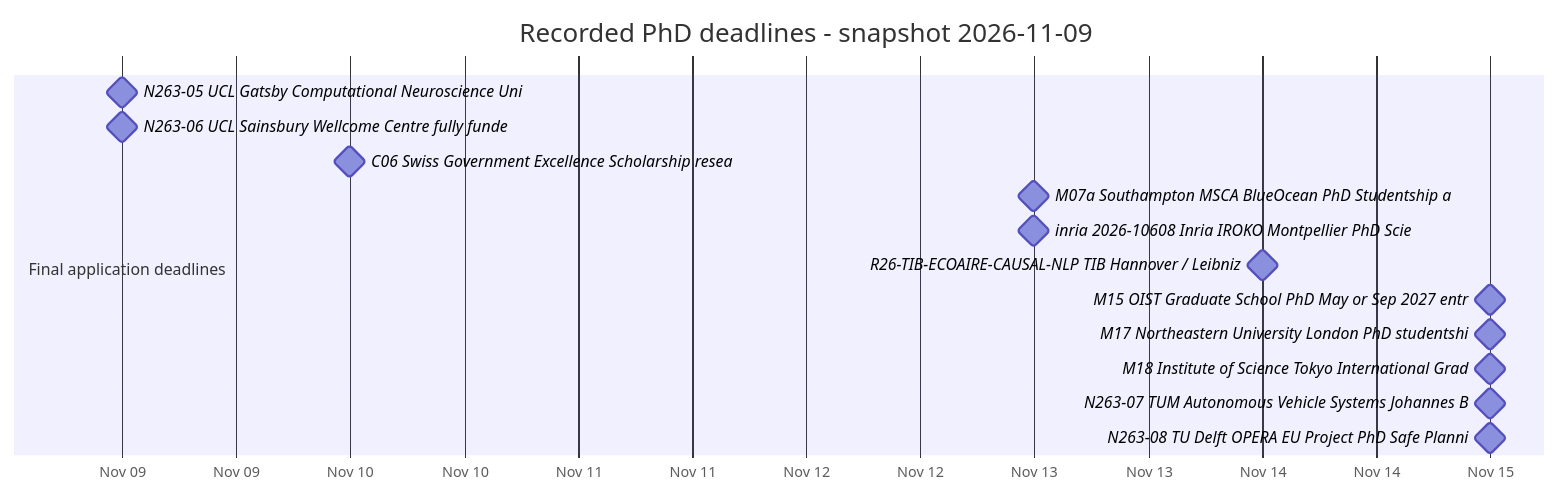
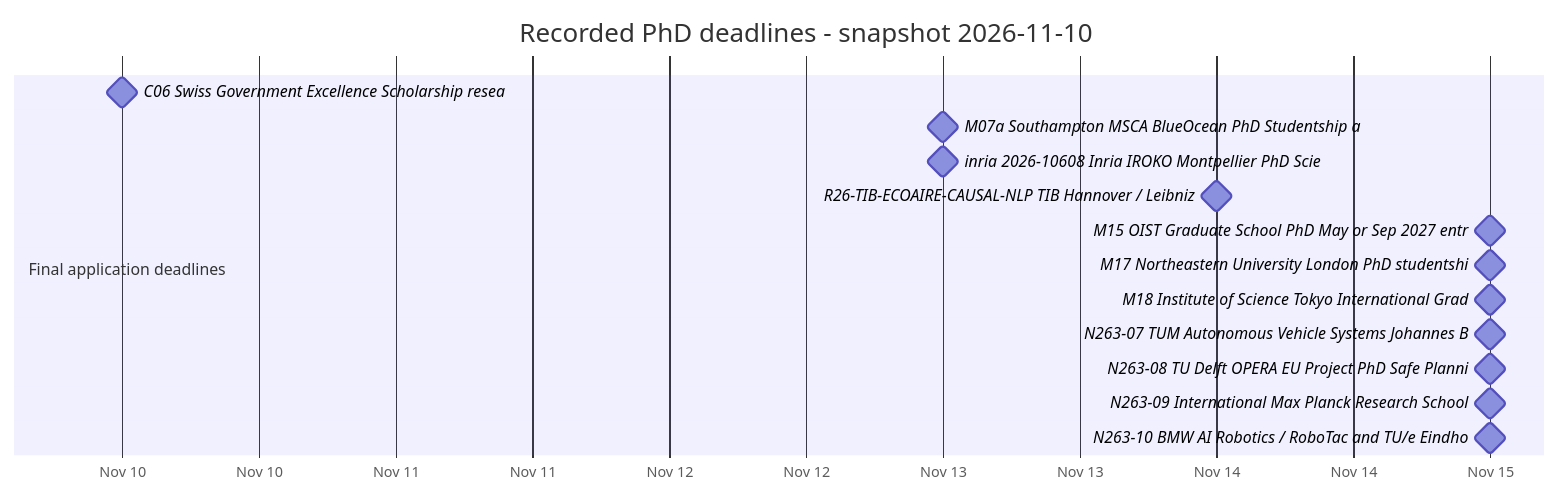
Before and after one commit to Armanasq/phd_tracker: the third of 10 diagrams in docs/RESEARCH_REPORT.md, drawn with Mermaid. The commit also changed other lines of this file, not shown here.

````diff
--- a/docs/RESEARCH_REPORT.md
+++ b/docs/RESEARCH_REPORT.md
@@ -85,18 +85,18 @@
 ```mermaid
 gantt
-    title Recorded PhD deadlines - snapshot 2026-11-09
+    title Recorded PhD deadlines - snapshot 2026-11-10
     dateFormat YYYY-MM-DD
     axisFormat %b %d
     section Final application deadlines
-    N263-05 UCL Gatsby Computational Neuroscience Uni :milestone, d0, 2026-11-09, 0d
-    N263-06 UCL Sainsbury Wellcome Centre fully funde :milestone, d1, 2026-11-09, 0d
-    C06 Swiss Government Excellence Scholarship resea :milestone, d2, 2026-11-10, 0d
-    M07a Southampton MSCA BlueOcean PhD Studentship a :milestone, d3, 2026-11-13, 0d
-    inria 2026-10608 Inria IROKO Montpellier PhD Scie :milestone, d4, 2026-11-13, 0d
-    R26-TIB-ECOAIRE-CAUSAL-NLP TIB Hannover / Leibniz :milestone, d5, 2026-11-14, 0d
-    M15 OIST Graduate School PhD May or Sep 2027 entr :milestone, d6, 2026-11-15, 0d
-    M17 Northeastern University London PhD studentshi :milestone, d7, 2026-11-15, 0d
-    M18 Institute of Science Tokyo International Grad :milestone, d8, 2026-11-15, 0d
-    N263-07 TUM Autonomous Vehicle Systems Johannes B :milestone, d9, 2026-11-15, 0d
-    N263-08 TU Delft OPERA EU Project PhD Safe Planni :milestone, d10, 2026-11-15, 0d
+    C06 Swiss Government Excellence Scholarship resea :milestone, d0, 2026-11-10, 0d
+    M07a Southampton MSCA BlueOcean PhD Studentship a :milestone, d1, 2026-11-13, 0d
+    inria 2026-10608 Inria IROKO Montpellier PhD Scie :milestone, d2, 2026-11-13, 0d
+    R26-TIB-ECOAIRE-CAUSAL-NLP TIB Hannover / Leibniz :milestone, d3, 2026-11-14, 0d
+    M15 OIST Graduate School PhD May or Sep 2027 entr :milestone, d4, 2026-11-15, 0d
+    M17 Northeastern University London PhD studentshi :milestone, d5, 2026-11-15, 0d
+    M18 Institute of Science Tokyo International Grad :milestone, d6, 2026-11-15, 0d
+    N263-07 TUM Autonomous Vehicle Systems Johannes B :milestone, d7, 2026-11-15, 0d
+    N263-08 TU Delft OPERA EU Project PhD Safe Planni :milestone, d8, 2026-11-15, 0d
+    N263-09 International Max Planck Research School  :milestone, d9, 2026-11-15, 0d
+    N263-10 BMW AI Robotics / RoboTac and TU/e Eindho :milestone, d10, 2026-11-15, 0d
 ```
````
